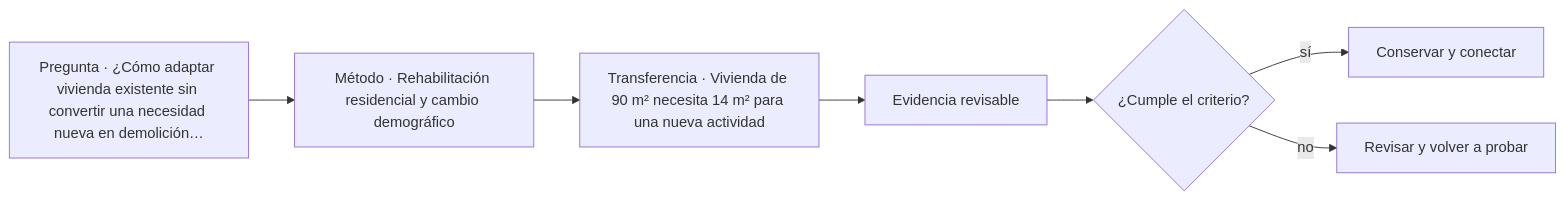
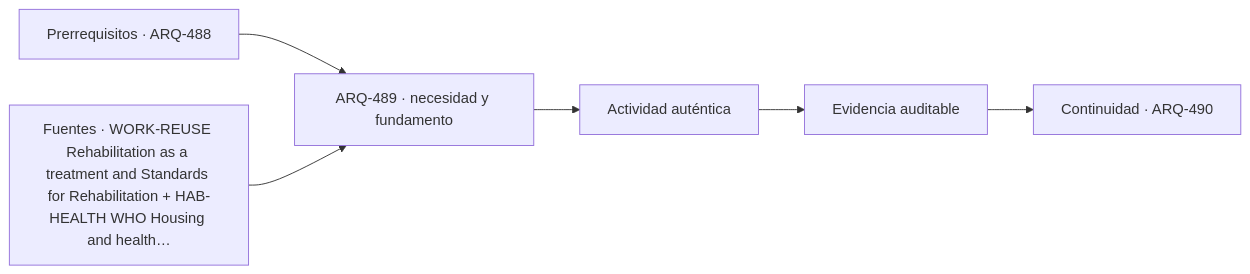
Before and after one commit to vladimiracunadev-create/architecture-built-environment-learning-program: the diagram in classes/parte-49/ARQ-489.md, drawn with Mermaid. The commit also changed other lines of this file and 761 other files, not shown here.

````diff
--- a/classes/parte-49/ARQ-489.md
+++ b/classes/parte-49/ARQ-489.md
@@ -89,9 +101,8 @@
 ```mermaid
 flowchart LR
-    Q["Pregunta · ¿Cómo adaptar vivienda existente sin convertir una necesidad nueva en demolición…"] --> M["Método · Rehabilitación residencial y cambio demográfico"]
-    M --> P["Transferencia · Vivienda de 90 m² necesita 14 m² para una nueva actividad"]
-    P --> E["Evidencia revisable"]
-    E --> C{"¿Cumple el criterio?"}
-    C -->|sí| T["Conservar y conectar"]
-    C -->|no| R["Revisar y volver a probar"]
+    A["Prerrequisitos · ARQ-488"] --> B["ARQ-489 · necesidad y fundamento"]
+    S["Fuentes · WORK-REUSE Rehabilitation as a treatment and Standards for Rehabilitation + HAB-HEALTH WHO Housing and health…"] --> B
+    B --> C["Actividad auténtica"]
+    C --> D["Evidencia auditable"]
+    D --> E["Continuidad · ARQ-490"]
 ```
````
